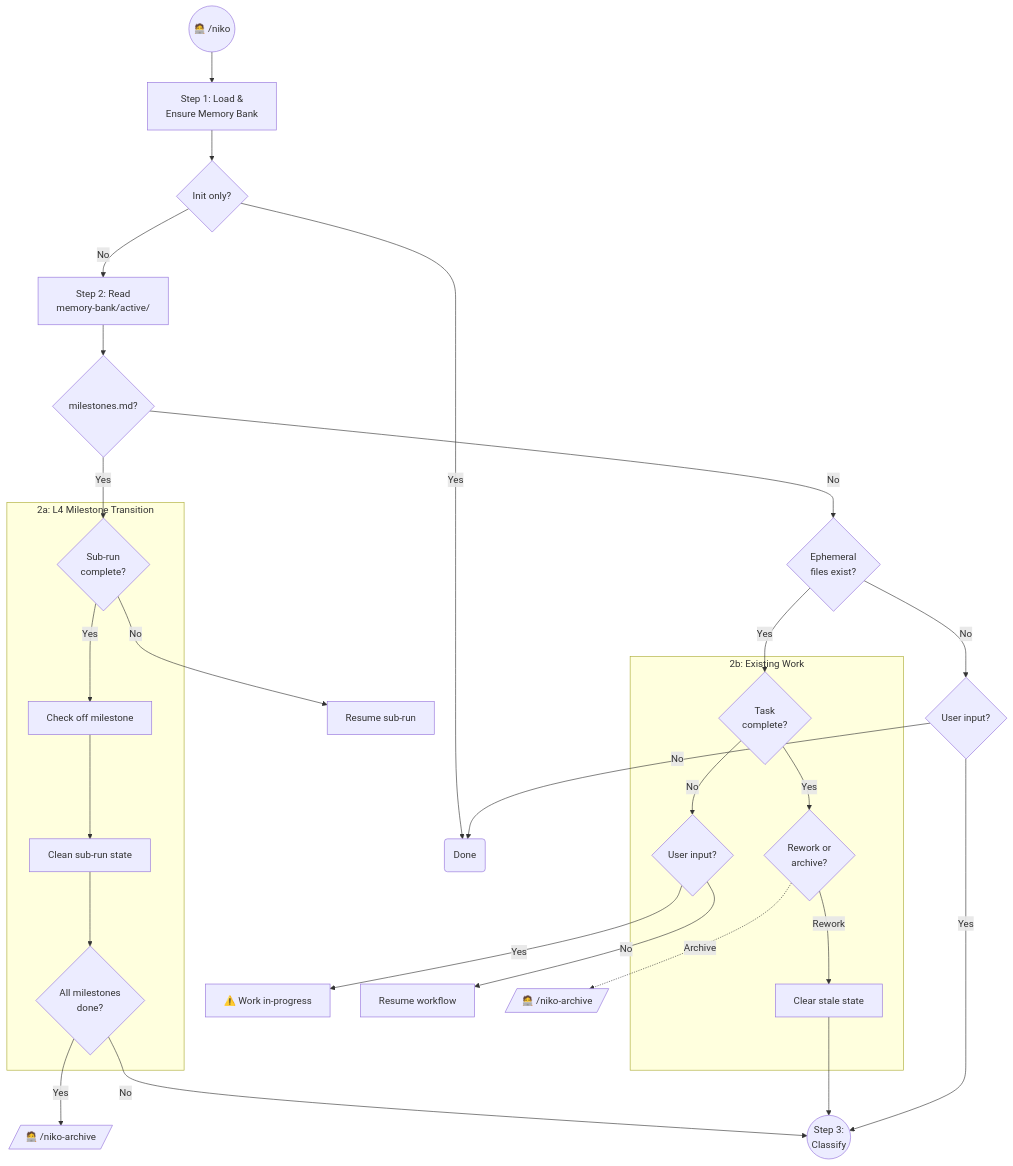
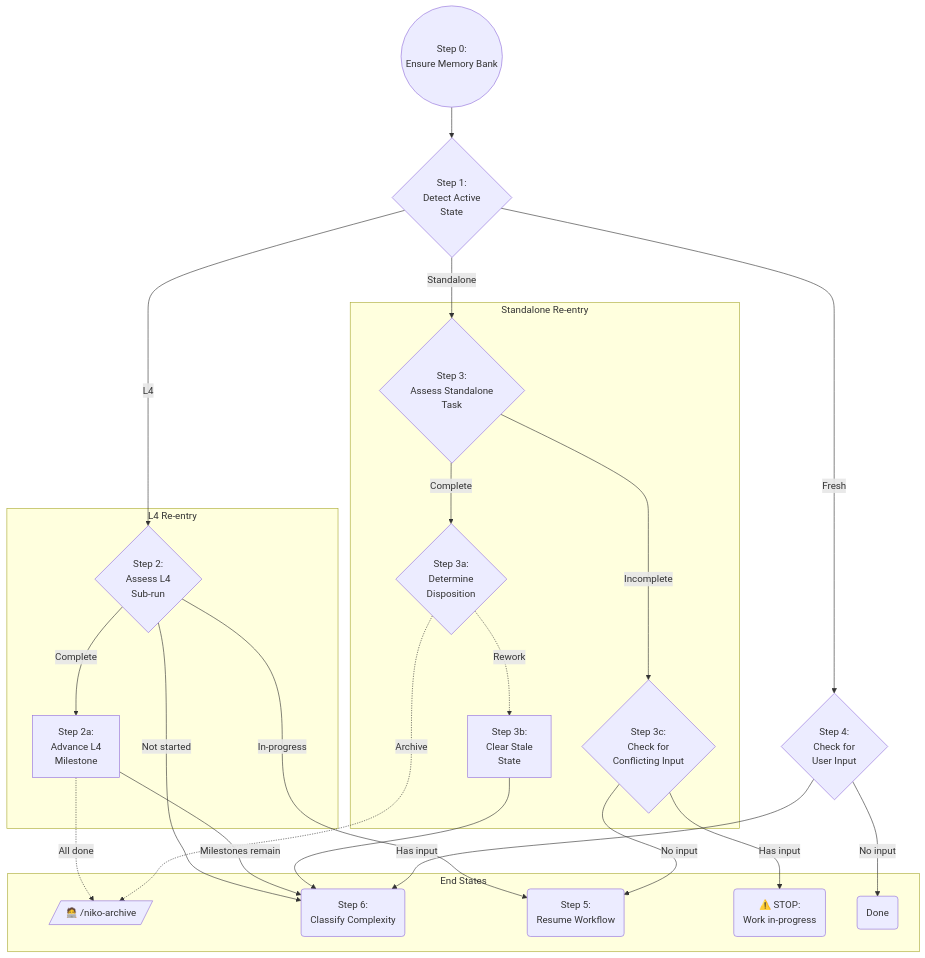
Before and after one commit to Texarkanine/.cursor-rules: the diagram in rulesets/niko/skills/niko/SKILL.md, drawn with Mermaid. The commit also changed other lines of this file and 2 other files, not shown here.

````diff
--- a/rulesets/niko/skills/niko/SKILL.md
+++ b/rulesets/niko/skills/niko/SKILL.md
@@ -10,46 +25,57 @@
 ```mermaid
-graph TD
-    Start(("🧑‍💻 /niko")) --> Load["Step 1: Load &<br>Ensure Memory Bank"]
-    Load --> InitOnly{"Init only?"}
-    InitOnly --"Yes"--> Done("Done")
-    InitOnly --"No"--> ReadActive["Step 2: Read<br>memory-bank/active/"]
+flowchart TD
+    S0(("Step 0:<br>Ensure Memory Bank"))
+    S1{"Step 1:<br>Detect Active<br>State"}
+    S4{"Step 4:<br>Check for<br>User Input"}
 
-    ReadActive --> MS{"milestones.md?"}
+    S0 --> S1
+    S1 -->|"L4"| S2
+    S1 -->|"Standalone"| S3
+    S1 -->|"Fresh"| S4
 
-    subgraph L4["2a: L4 Milestone Transition"]
-        SubDone{"Sub-run<br>complete?"}
-        CheckOff["Check off milestone"]
-        Cleanup["Clean sub-run state"]
-        AllDone{"All milestones<br>done?"}
+    subgraph L4["L4 Re-entry"]
+        S2{"Step 2:<br>Assess L4<br>Sub-run"}
+        S2a["Step 2a:<br>Advance L4<br>Milestone"]
 
-        SubDone --"Yes"--> CheckOff --> Cleanup --> AllDone
+        S2 -->|"Complete"| S2a
     end
 
-    MS --"Yes"--> SubDone
-    SubDone --"No"--> ResumeL4["Resume sub-run"]
-    AllDone --"Yes"--> Capstone[/"🧑‍💻 /niko-archive"/]
-    AllDone --"No"--> Classify
+    subgraph Standalone["Standalone Re-entry"]
+        S3{"Step 3:<br>Assess Standalone<br>Task"}
+        S3a{"Step 3a:<br>Determine<br>Disposition"}
+        S3b["Step 3b:<br>Clear Stale<br>State"]
+        S3c{"Step 3c:<br>Check for<br>Conflicting Input"}
 
-    MS --"No"--> Eph{"Ephemeral<br>files exist?"}
-
-    subgraph Existing["2b: Existing Work"]
-        TaskDone{"Task<br>complete?"}
-        ReworkAsk{"Rework or<br>archive?"}
-        Amend["Clear stale state"]
-        InProgress{"User input?"}
-
-        TaskDone --"Yes"--> ReworkAsk
-        TaskDone --"No"--> InProgress
-        ReworkAsk --"Rework"--> Amend
+        S3 -->|"Incomplete"| S3c
+        S3 -->|"Complete"| S3a
+        S3a -.->|"Rework"| S3b
     end
 
-    Eph --"Yes"--> TaskDone
-    InProgress --"Yes"--> Warn["⚠️ Work in-progress"]
-    InProgress --"No"--> Resume["Resume workflow"]
-    ReworkAsk -.->|"Archive"| Archive[/"🧑‍💻 /niko-archive"/]
-    Amend --> Classify
+    
+    S2a -.->|"All done"| Archive
+    S3a -.->|"Archive"| Archive
 
-    Eph --"No"--> Fresh{"User input?"}
-    Fresh --"Yes"--> Classify(("Step 3:<br>Classify"))
-    Fresh --"No"--> Done
+    
+    
+    S2 -->|"Not started"| Classify
+    S2a -->|"Milestones remain"| Classify
+    S3b --> Classify
+    S4 -->|"Has input"| Classify
+
+    S2 -->|"In-progress"| Resume
+    S3c -->|"No input"| Resume
+
+    S3c -->|"Has input"| Warn
+
+    
+    
+    S4 -->|"No input"| Done
+
+    subgraph "End States" 
+        Archive[/"🧑‍💻 /niko-archive"/]
+        Warn("⚠️ STOP:<br>Work in-progress")
+        Resume("Step 5:<br>Resume Workflow")
+        Classify("Step 6:<br>Classify Complexity")
+        Done("Done")
+    end
 ```
````
